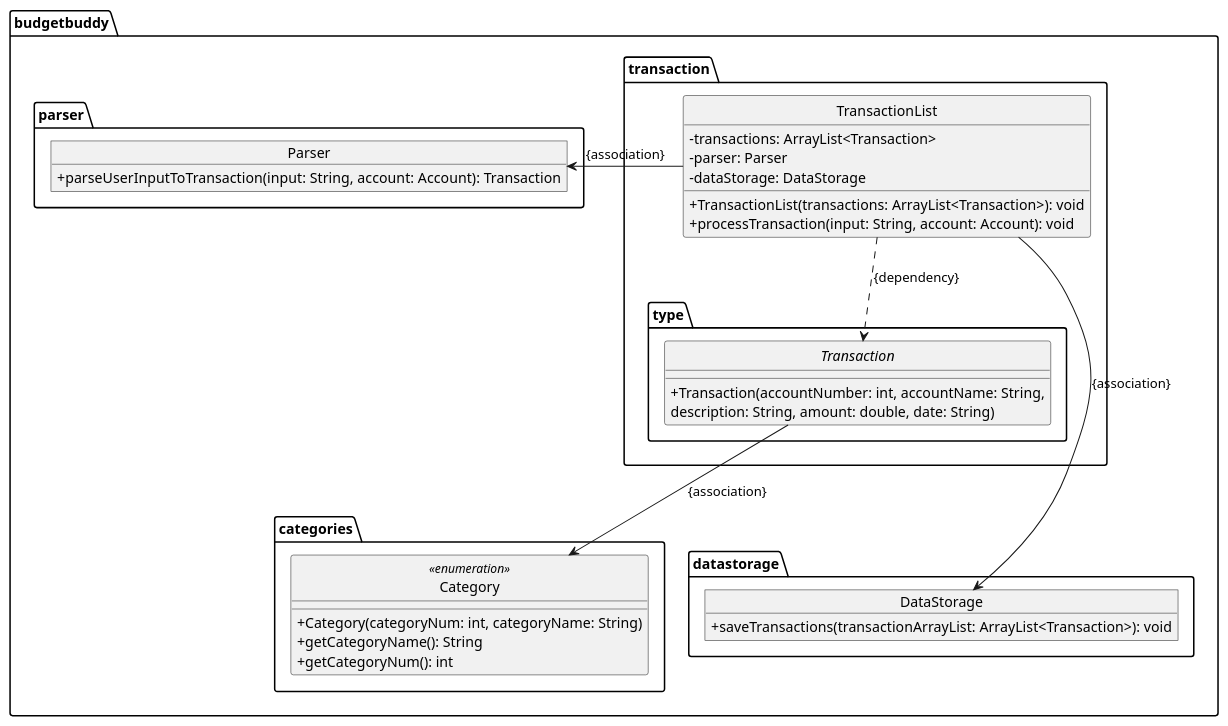
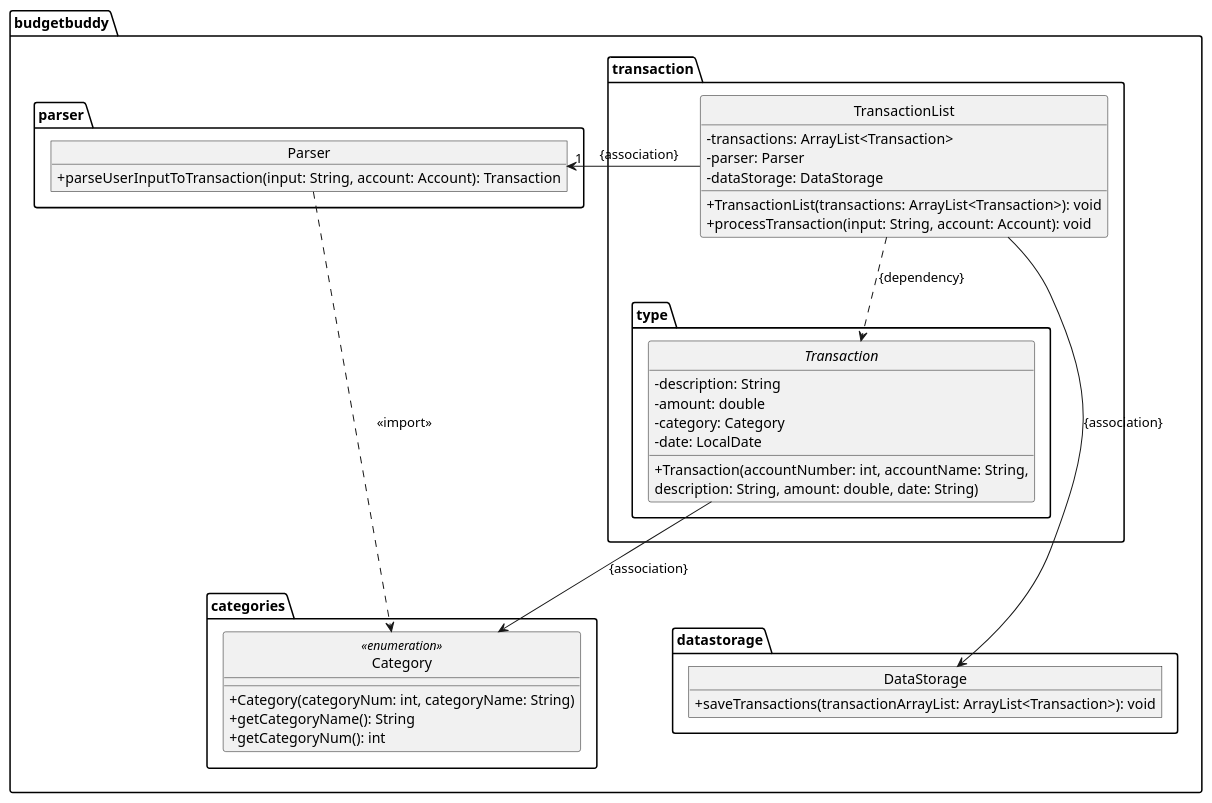
Before and after one commit to Vavinan/tp: the diagram in docs/uml/TransactionListDiagram.puml, drawn with PlantUML.

```diff
--- a/docs/uml/TransactionListDiagram.puml
+++ b/docs/uml/TransactionListDiagram.puml
@@ -1,46 +1,51 @@
 @startuml
 skinparam classAttributeIconSize 0
 hide abstract circle
 hide class circle
 hide enum circle
 package budgetbuddy.transaction{
     class TransactionList {
         -transactions: ArrayList<Transaction>
         -parser: Parser
         -dataStorage: DataStorage
         +TransactionList(transactions: ArrayList<Transaction>): void
         +processTransaction(input: String, account: Account): void
     }
 }
 package budgetbuddy.parser{
     object Parser {
         +parseUserInputToTransaction(input: String, account: Account): Transaction
     }
 }
 
 package budgetbuddy.datastorage{
     object DataStorage {
         +saveTransactions(transactionArrayList: ArrayList<Transaction>): void
     }
 }
 
 package budgetbuddy.transaction.type {
     abstract class Transaction{
+        -description: String
+        -amount: double
+        -category: Category
+        -date: LocalDate
         +Transaction(accountNumber: int, accountName: String,
             description: String, amount: double, date: String)
     }
 }
 
 package budgetbuddy.categories {
     enum Category <<enumeration>> {
         +Category(categoryNum: int, categoryName: String)
         +getCategoryName(): String
         +getCategoryNum(): int
     }
 }
 
-TransactionList -> Parser: {association}
+TransactionList -> "1" Parser: "    {association} "
 TransactionList ---> DataStorage: {association}
 TransactionList ..> Transaction: {dependency}
 Transaction --> Category: {association}
+Parser ...> Category: <<import>>
 @enduml
```
